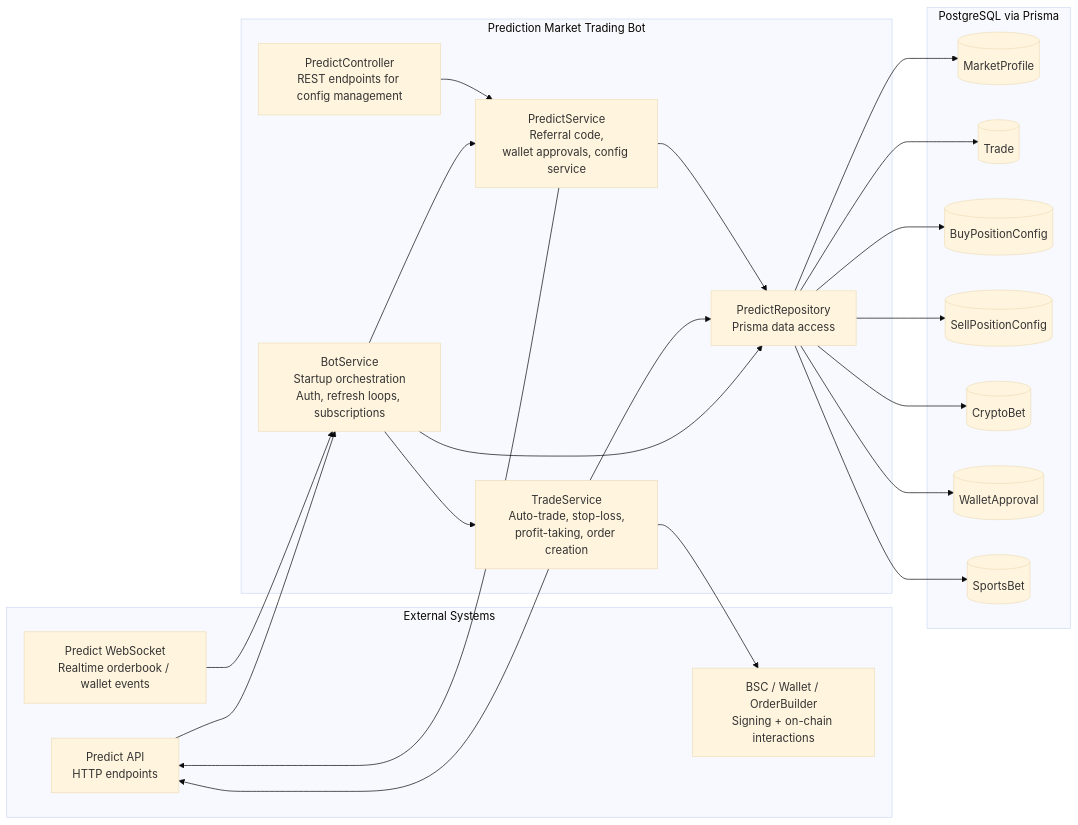
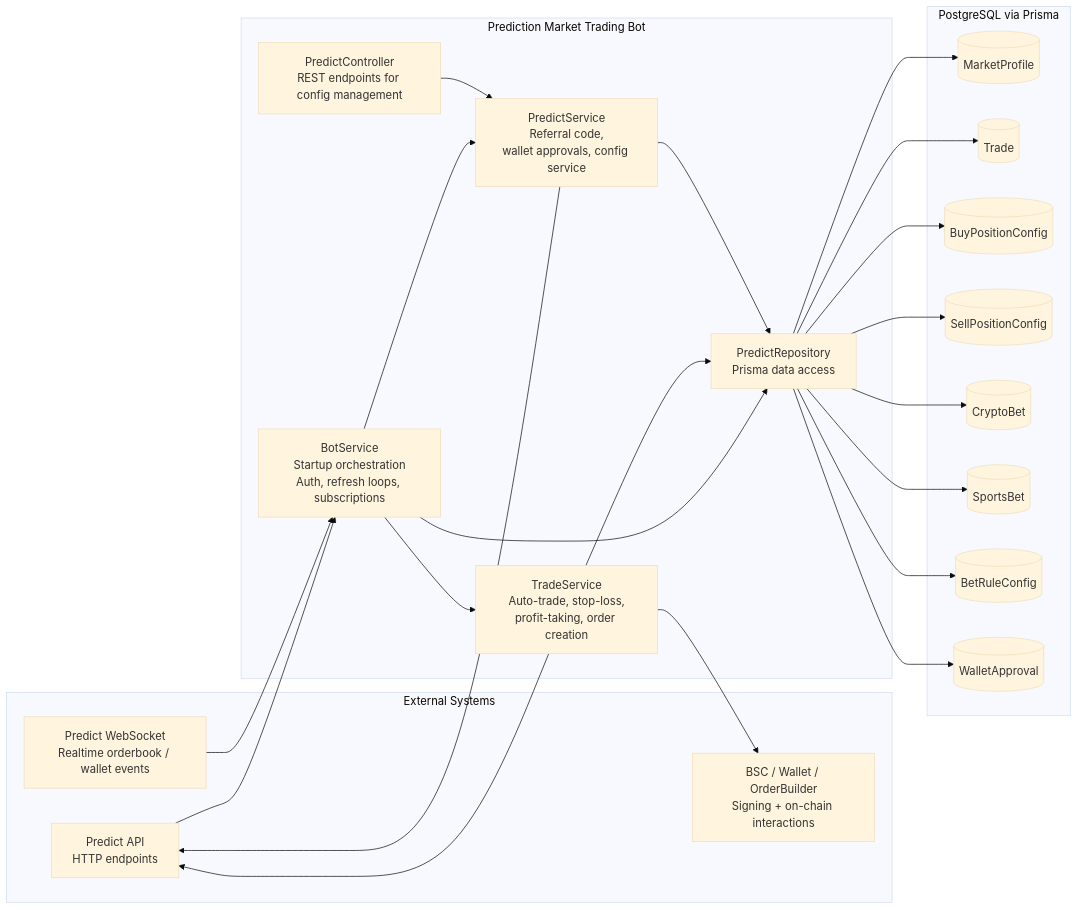
Before and after one commit to blckfsh/prediction-market-trading-bot: the first of 2 diagrams in docs/architecture.md, drawn with Mermaid (base theme). The commit also changed other lines of this file and 7 other files, not shown here.

````diff
--- a/docs/architecture.md
+++ b/docs/architecture.md
@@ -19,50 +19,52 @@
 ```mermaid
 flowchart LR
   subgraph EXT[External Systems]
     PAPI[Predict API<br/>HTTP endpoints]
     PWS[Predict WebSocket<br/>Realtime orderbook / wallet events]
     BSC[BSC / Wallet / OrderBuilder<br/>Signing + on-chain interactions]
   end
 
   subgraph APP[Prediction Market Trading Bot]
     BOT[BotService<br/>Startup orchestration<br/>Auth, refresh loops, subscriptions]
     TRADE[TradeService<br/>Auto-trade, stop-loss,<br/>profit-taking, order creation]
     PRED[PredictService<br/>Referral code,<br/>wallet approvals, config service]
     REPO[PredictRepository<br/>Prisma data access]
     CTRL[PredictController<br/>REST endpoints for config management]
   end
 
   subgraph DB[PostgreSQL via Prisma]
     TBL0[(MarketProfile)]
     TBL1[(Trade)]
     TBL2[(BuyPositionConfig)]
     TBL3[(SellPositionConfig)]
     TBL4[(CryptoBet)]
-    TBL5[(WalletApproval)]
-    TBL6[(SportsBet)]
+    TBL5[(SportsBet)]
+    TBL6[(BetRuleConfig)]
+    TBL7[(WalletApproval)]
   end
 
   PAPI --> BOT
   PWS --> BOT
 
   BOT --> PRED
   BOT --> TRADE
   BOT --> REPO
 
   TRADE --> PAPI
   TRADE --> BSC
   TRADE --> REPO
 
   PRED --> PAPI
   PRED --> REPO
 
   CTRL --> PRED
 
   REPO --> TBL0
   REPO --> TBL1
   REPO --> TBL2
   REPO --> TBL3
   REPO --> TBL4
   REPO --> TBL5
   REPO --> TBL6
+  REPO --> TBL7
 ```
````
